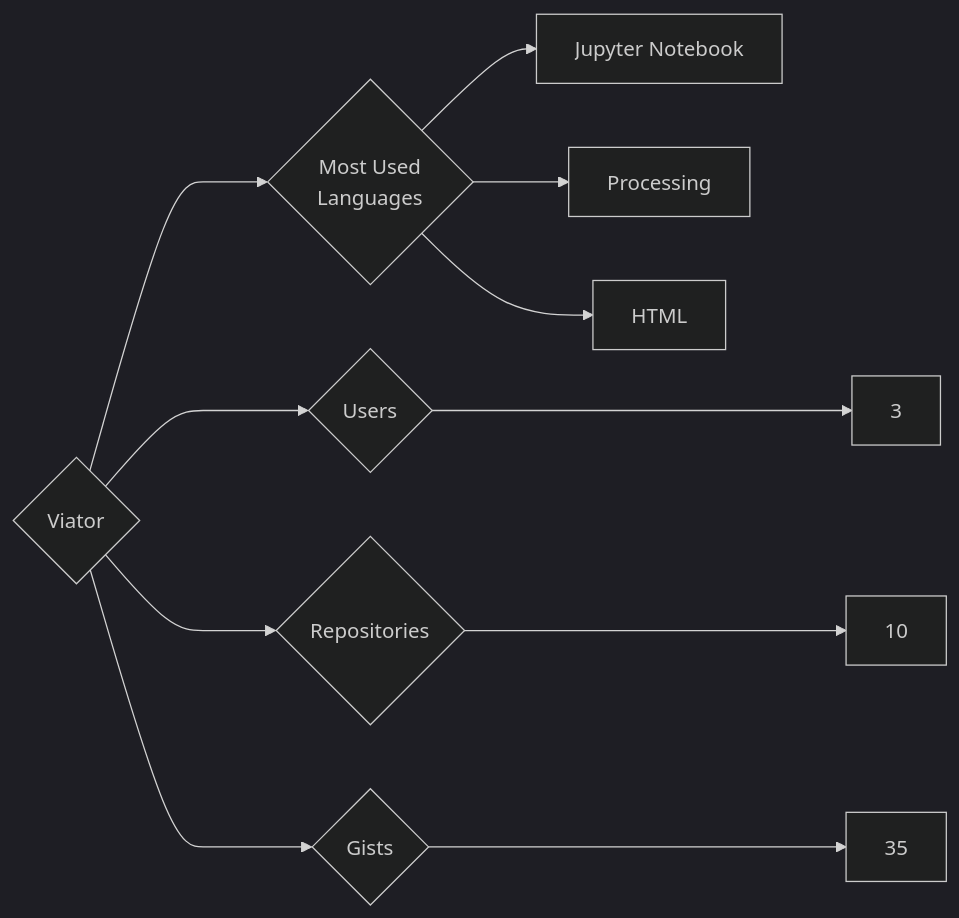
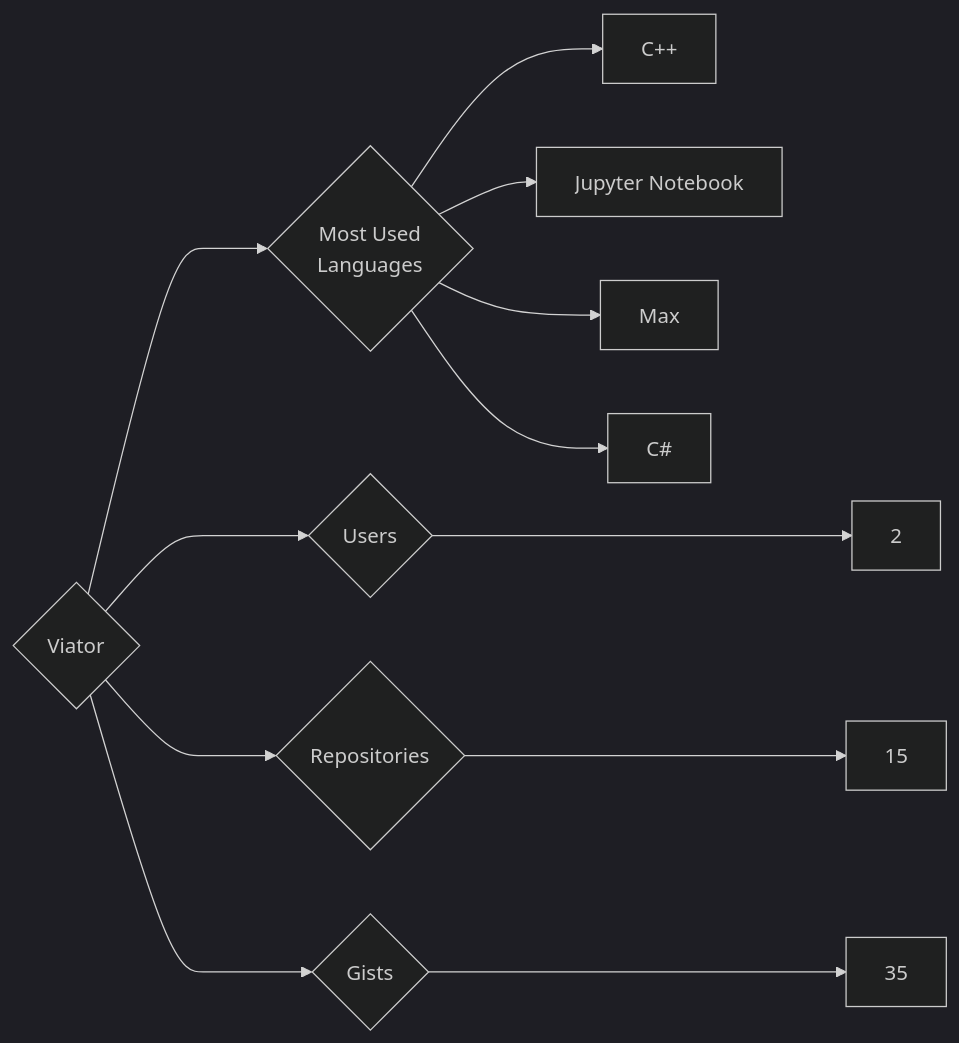
The diagram in targets/Viator/README.md (trickest/insiders), drawn with Mermaid (dark theme) before and after one commit. The commit also changed 903 other files, not shown here.

````diff
--- a/targets/Viator/README.md
+++ b/targets/Viator/README.md
@@ -3,11 +3,12 @@
 ```mermaid
 graph LR
 COMPANY_NAME{Viator}
-COMPANY_NAME ---> U{Users} ---> UN[3]
-COMPANY_NAME ---> R{Repositories} ---> RN[10]
+COMPANY_NAME ---> U{Users} ---> UN[2]
+COMPANY_NAME ---> R{Repositories} ---> RN[15]
 COMPANY_NAME ---> G{Gists} ---> GN[35]
 COMPANY_NAME ---> ML{Most Used<br>Languages}
+ML --> C++[C++]
 ML --> Jupyter_Notebook[Jupyter Notebook]
-ML --> Processing[Processing]
-ML --> HTML[HTML]
+ML --> Max[Max]
+ML --> C#[C#]
 ```
````
